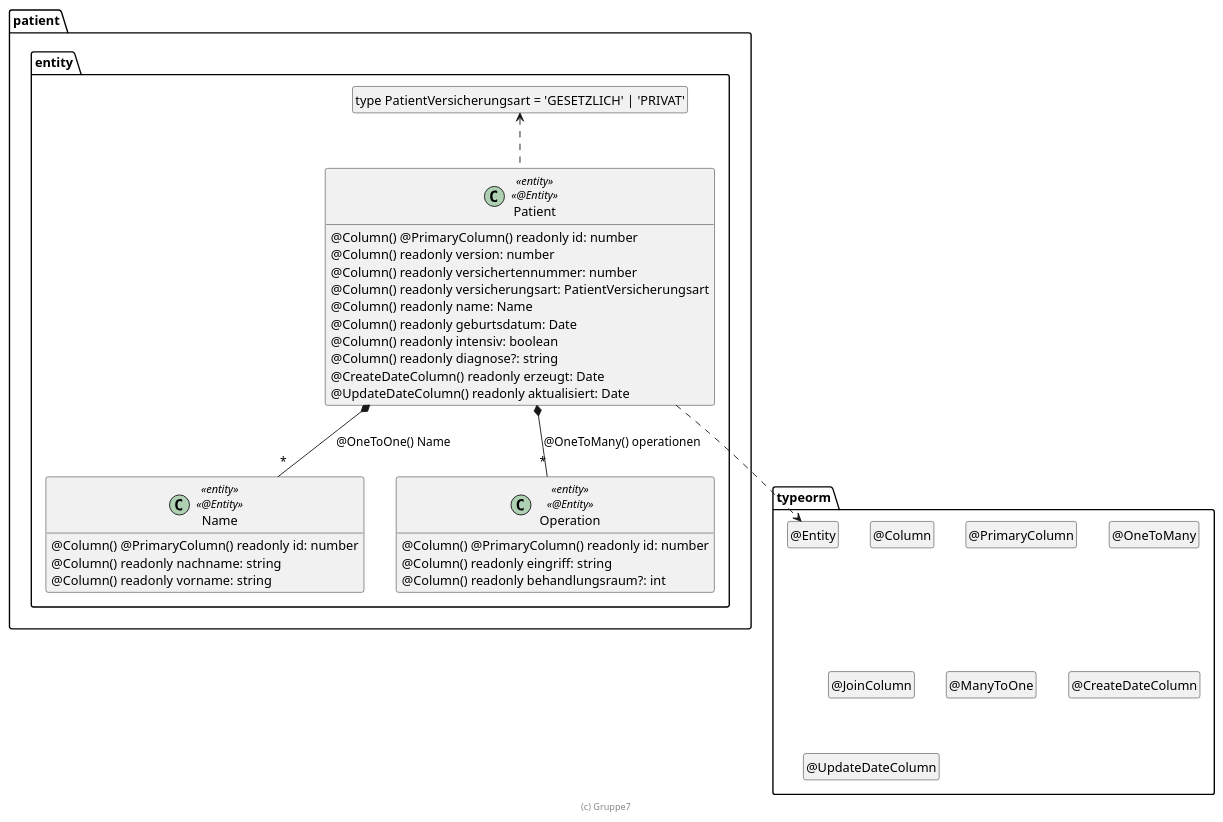
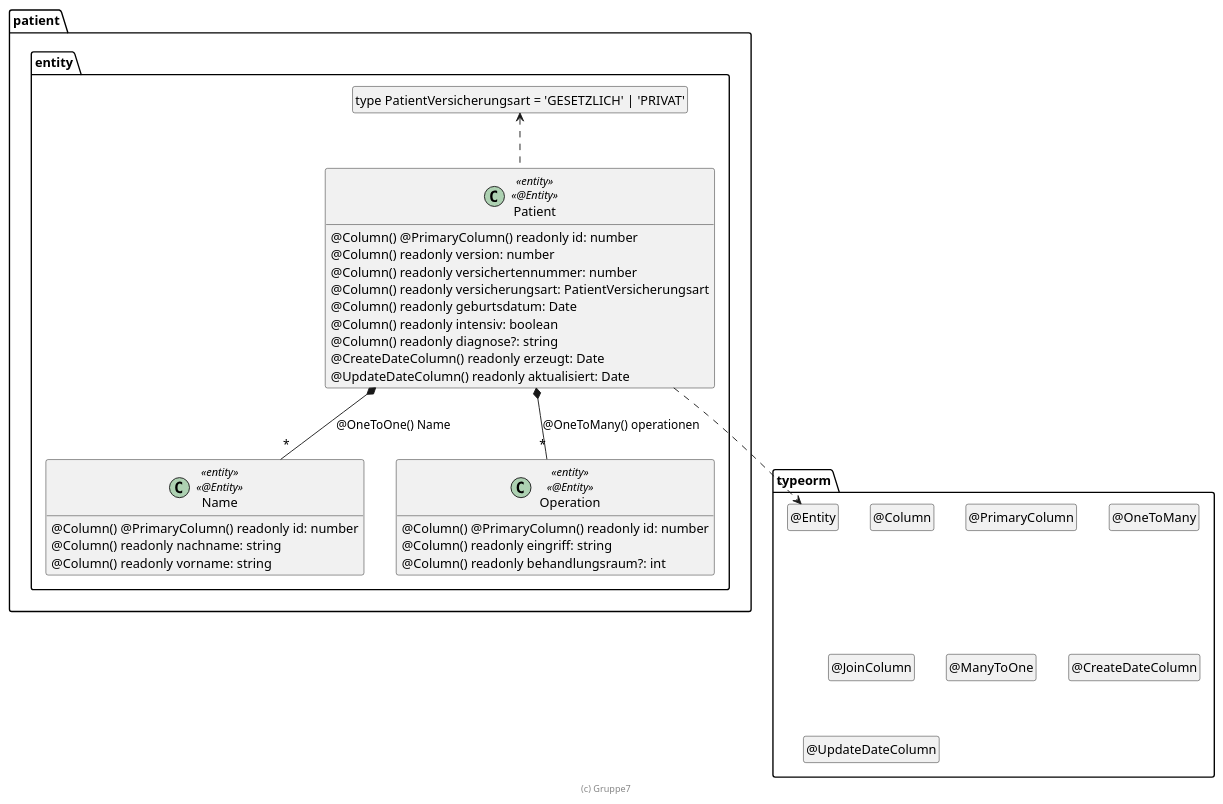
One commit to dithienphan/patient changed the diagram in .extras/doc/entwicklerhandbuch/Patient.plantuml. Above: the diagram before and after it, drawn with PlantUML. The commit also changed other lines of this file, not shown here.

Commit message:
UML-nochmal-ueben

```diff
--- a/.extras/doc/entwicklerhandbuch/Patient.plantuml
+++ b/.extras/doc/entwicklerhandbuch/Patient.plantuml
@@ -6,61 +9,60 @@
 @startuml Entity
 
 package typeorm {
   class "@Entity" as Entity
   hide Entity circle
   class "@Column" as Column
   hide Column circle
   class "@PrimaryColumn" as PrimaryColumn
   hide PrimaryColumn circle
   class "@OneToMany" as OneToMany
   hide OneToMany circle
   class "@JoinColumn" as JoinColumn
   hide JoinColumn circle
   class "@ManyToOne" as ManyToOne
   hide ManyToOne circle
   class "@CreateDateColumn" as CreateDateColumn
   hide CreateDateColumn circle
   class "@UpdateDateColumn" as UpdateDateColumn
   hide UpdateDateColumn circle
 }
 
 package patient.entity {
     class "type PatientVersicherungsart = 'GESETZLICH' | 'PRIVAT'" as PatientVersicherungsart
   hide PatientVersicherungsart circle
     
     class Patient <<entity>> <<@Entity>> {
         @Column() @PrimaryColumn() readonly id: number
         @Column() readonly version: number
         @Column() readonly versichertennummer: number
         @Column() readonly versicherungsart: PatientVersicherungsart
-        @Column() readonly name: Name
         @Column() readonly geburtsdatum: Date
         @Column() readonly intensiv: boolean
         @Column() readonly diagnose?: string
         @CreateDateColumn() readonly erzeugt: Date
         @UpdateDateColumn() readonly aktualisiert: Date
     }
 
     class Name <<entity>> <<@Entity>> {
         @Column() @PrimaryColumn() readonly id: number
         @Column() readonly nachname: string
         @Column() readonly vorname: string
     }
 
     class Operation <<entity>> <<@Entity>> {
         @Column() @PrimaryColumn() readonly id: number
         @Column() readonly eingriff: string
         @Column() readonly behandlungsraum?: int
     }
 }
 
 Patient ..> Entity
 Patient *-- "*" Name : @OneToOne() Name
 Patient *-- "*" Operation : @OneToMany() operationen
 Patient .up.> PatientVersicherungsart
 
 hide empty members
 
 footer (c) Gruppe7
 
 @enduml
```
